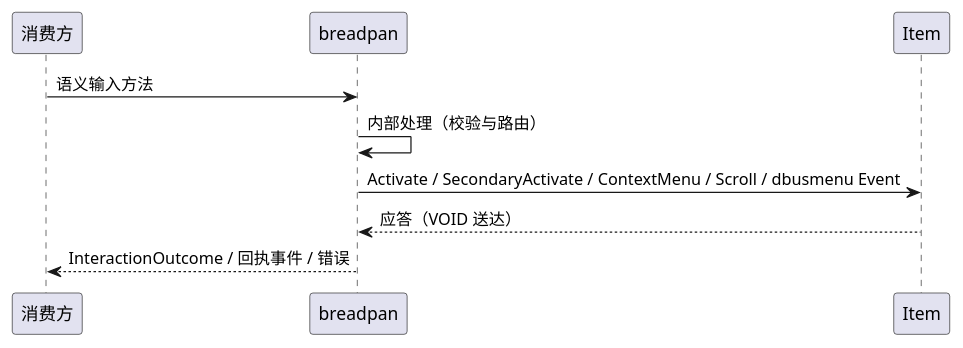
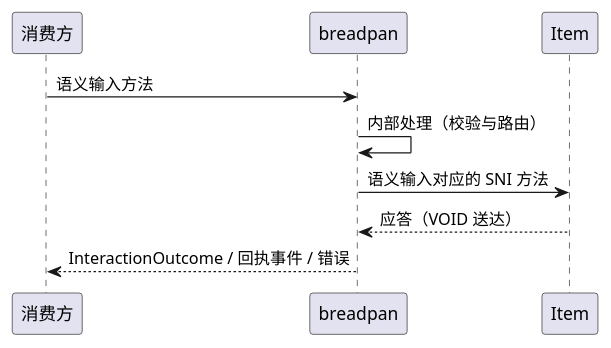
The diagram in breadpan/diagram/breadpan-input-routing.puml (54m43lJ/BreadKnife), drawn with PlantUML before and after one commit. The commit also changed 18 other files, not shown here.

```diff
--- a/breadpan/diagram/breadpan-input-routing.puml
+++ b/breadpan/diagram/breadpan-input-routing.puml
@@ -1,11 +1,11 @@
 @startuml breadpan-input-routing
 participant 消费方
 participant breadpan
 participant "Item" as item
 
 消费方 -> breadpan: 语义输入方法
 breadpan -> breadpan: 内部处理（校验与路由）
-breadpan -> item: Activate / SecondaryActivate / ContextMenu / Scroll / dbusmenu Event
+breadpan -> item: 语义输入对应的 SNI 方法
 item --> breadpan: 应答（VOID 送达）
 breadpan --> 消费方: InteractionOutcome / 回执事件 / 错误
 @enduml
```
